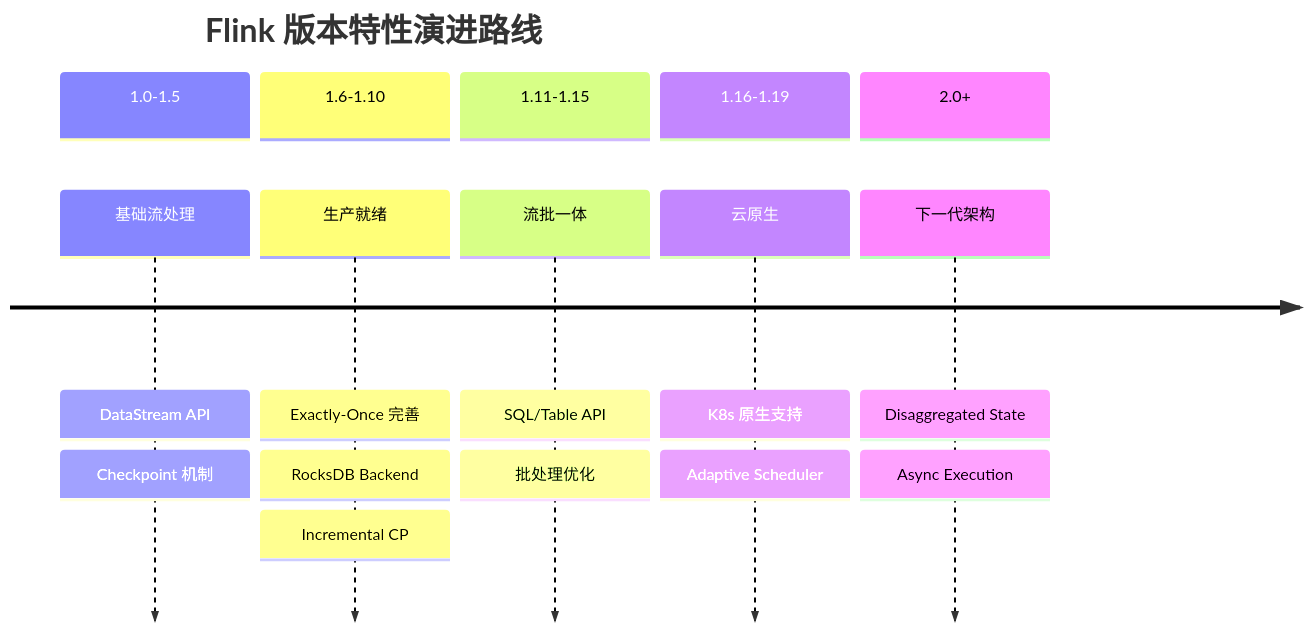
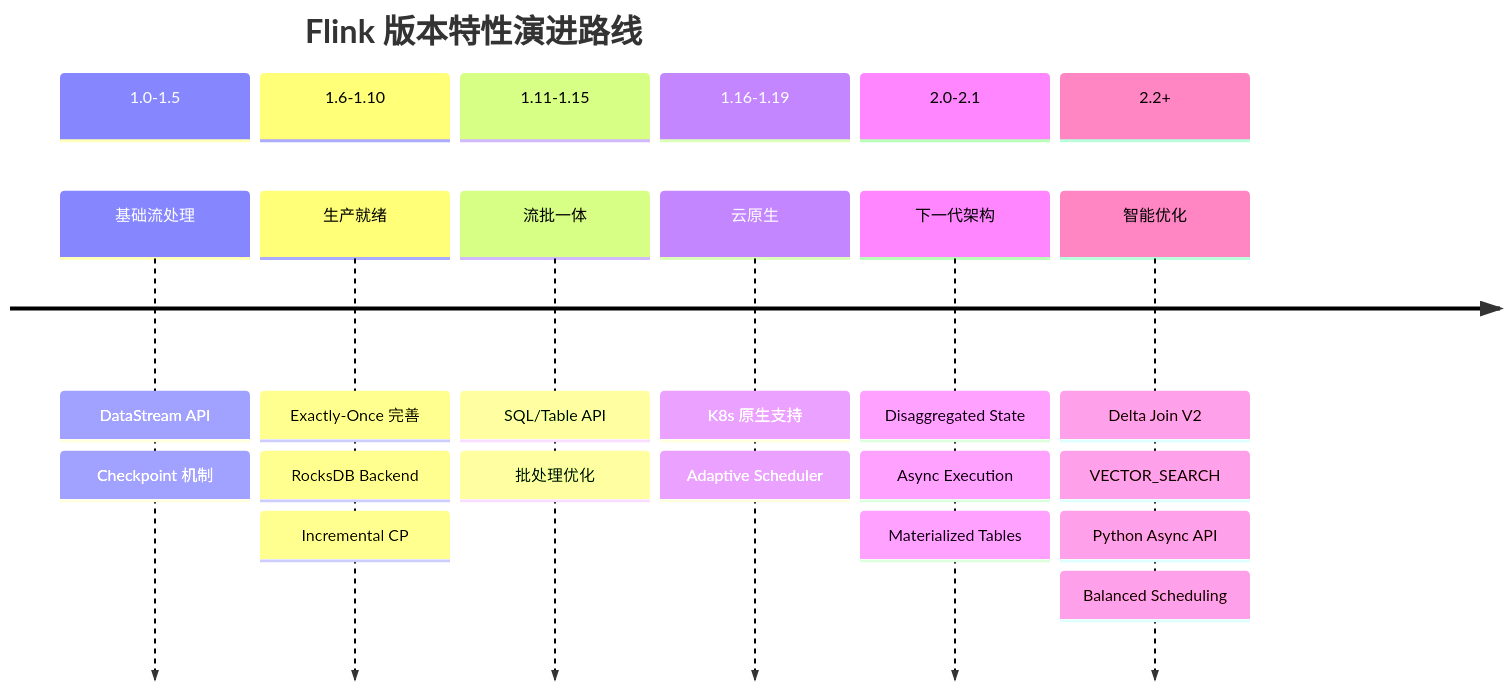
The fourth of 6 diagrams in Flink/00-INDEX.md (AdaMartin18010/AnalysisDataFlow), drawn with Mermaid before and after one commit. The commit also changed other lines of this file and 19 other files, not shown here.

````diff
--- a/Flink/00-INDEX.md
+++ b/Flink/00-INDEX.md
@@ -226,20 +232,26 @@
 ```mermaid
 timeline
     title Flink 版本特性演进路线
     section 1.0-1.5
         基础流处理 : DataStream API
                   : Checkpoint 机制
     section 1.6-1.10
         生产就绪 : Exactly-Once 完善
                 : RocksDB Backend
                 : Incremental CP
     section 1.11-1.15
         流批一体 : SQL/Table API
                 : 批处理优化
     section 1.16-1.19
         云原生 : K8s 原生支持
               : Adaptive Scheduler
-    section 2.0+
+    section 2.0-2.1
         下一代架构 : Disaggregated State
                    : Async Execution
+                   : Materialized Tables
+    section 2.2+
+        智能优化 : Delta Join V2
+                 : VECTOR_SEARCH
+                 : Python Async API
+                 : Balanced Scheduling
 ```
````
